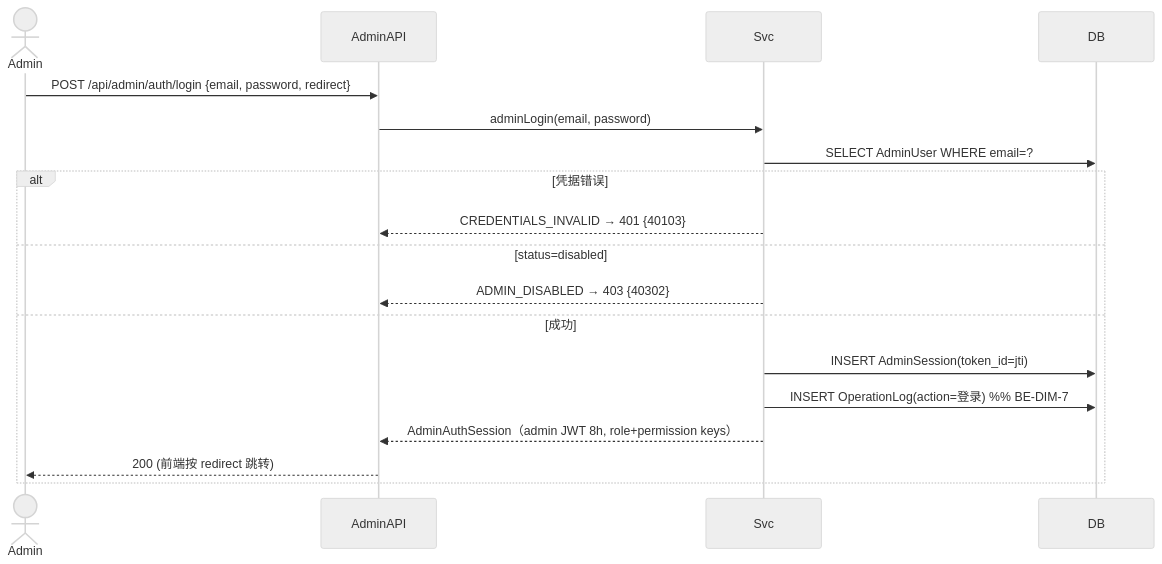
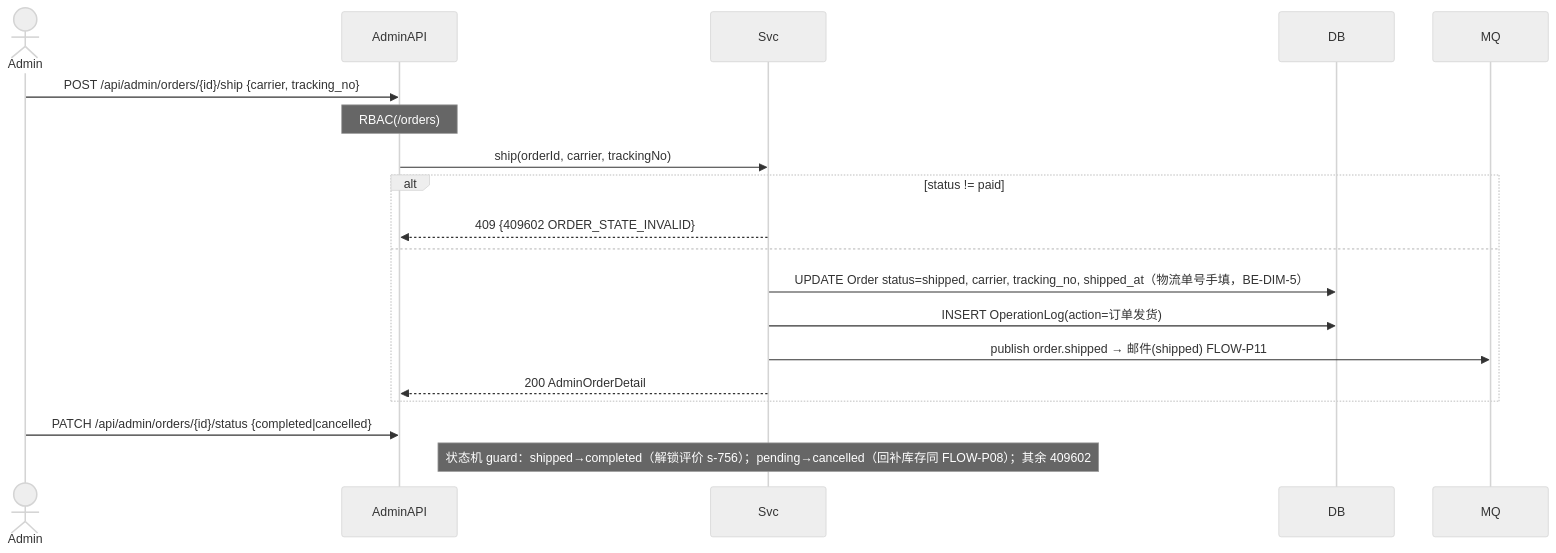
Before and after one commit to hptec/dreamy: the ninth of 20 diagrams in hhspec/specs/architecture/data-flow.md, drawn with Mermaid (neutral theme). The commit also changed other lines of this file and 180 other files, not shown here.

````diff
--- a/hhspec/specs/architecture/data-flow.md
+++ b/hhspec/specs/architecture/data-flow.md
@@ -346,21 +367,23 @@
 ```mermaid
 sequenceDiagram
     actor Admin
     participant AdminAPI
     participant Svc
     participant DB
+    participant MQ
 
-    Admin->>AdminAPI: POST /api/admin/auth/login {email, password, redirect}
-    AdminAPI->>Svc: adminLogin(email, password)
-    Svc->>DB: SELECT AdminUser WHERE email=?
-    alt 凭据错误
-        Svc-->>AdminAPI: CREDENTIALS_INVALID → 401 {40103}
-    else status=disabled
-        Svc-->>AdminAPI: ADMIN_DISABLED → 403 {40302}
-    else 成功
-        Svc->>DB: INSERT AdminSession(token_id=jti)
-        Svc->>DB: INSERT OperationLog(action=登录)  %% BE-DIM-7
-        Svc-->>AdminAPI: AdminAuthSession（admin JWT 8h, role+permission keys）
-        AdminAPI-->>Admin: 200 (前端按 redirect 跳转)
+    Admin->>AdminAPI: POST /api/admin/orders/{id}/ship {carrier, tracking_no}
+    Note over AdminAPI: RBAC(/orders)
+    AdminAPI->>Svc: ship(orderId, carrier, trackingNo)
+    alt status != paid
+        Svc-->>AdminAPI: 409 {409602 ORDER_STATE_INVALID}
+    else
+        Svc->>DB: UPDATE Order status=shipped, carrier, tracking_no, shipped_at（物流单号手填，BE-DIM-5）
+        Svc->>DB: INSERT OperationLog(action=订单发货)
+        Svc->>MQ: publish order.shipped → 邮件(shipped) FLOW-P11
+        Svc-->>AdminAPI: 200 AdminOrderDetail
     end
+
+    Admin->>AdminAPI: PATCH /api/admin/orders/{id}/status {completed|cancelled}
+    Note over Svc: 状态机 guard：shipped→completed（解锁评价 s-756）；pending→cancelled（回补库存同 FLOW-P08）；其余 409602
 ```
````
